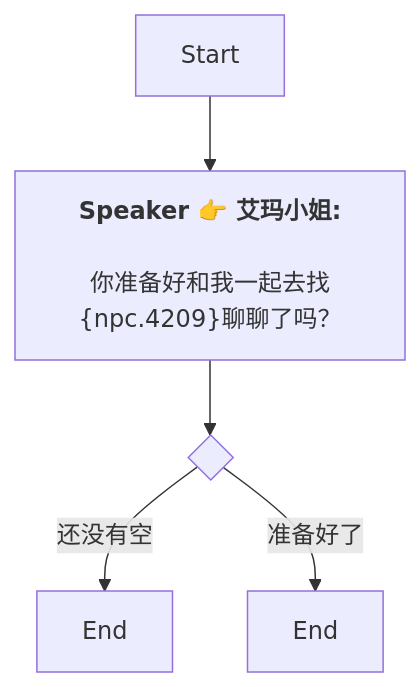
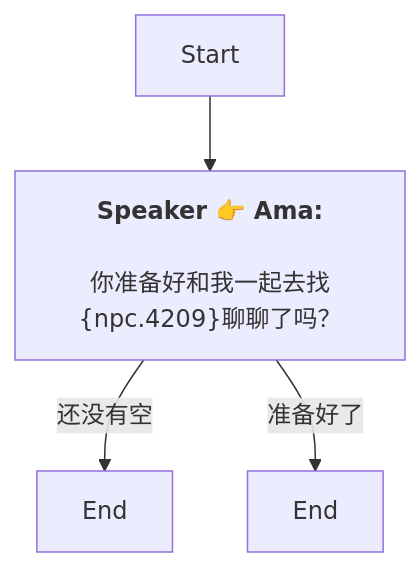
Before and after one commit to SoftHu/tos_avg: the diagram in Zh/AddDialogNode_1754301235927653.md, drawn with Mermaid. The commit also changed 737 other files, not shown here.

````diff
--- a/Zh/AddDialogNode_1754301235927653.md
+++ b/Zh/AddDialogNode_1754301235927653.md
@@ -1,10 +1,8 @@
 ```mermaid
 graph
-Start -->1754301363364455[<b>Speaker 👉 艾玛小姐:</b>
+Start -->1754301363364455[<b>Speaker 👉 Ama:</b>
+\n你准备好和我一起去找&lbrace;npc.4209&rbrace;聊聊了吗？]
+1754301363364455 -->|还没有空|1754301458449005[End]
+1754301363364455 -->|准备好了|1754301463538286[End]
 
-你准备好和我一起去找&lbrace;npc.4209&rbrace;聊聊了吗？]
-1754301363364455 -->1754301443173992{ }
-1754301443173992 -->|还没有空|1754301458449005[End]
-1754301443173992 -->|准备好了|1754301463538286[End]
-
- ```
+```
````
